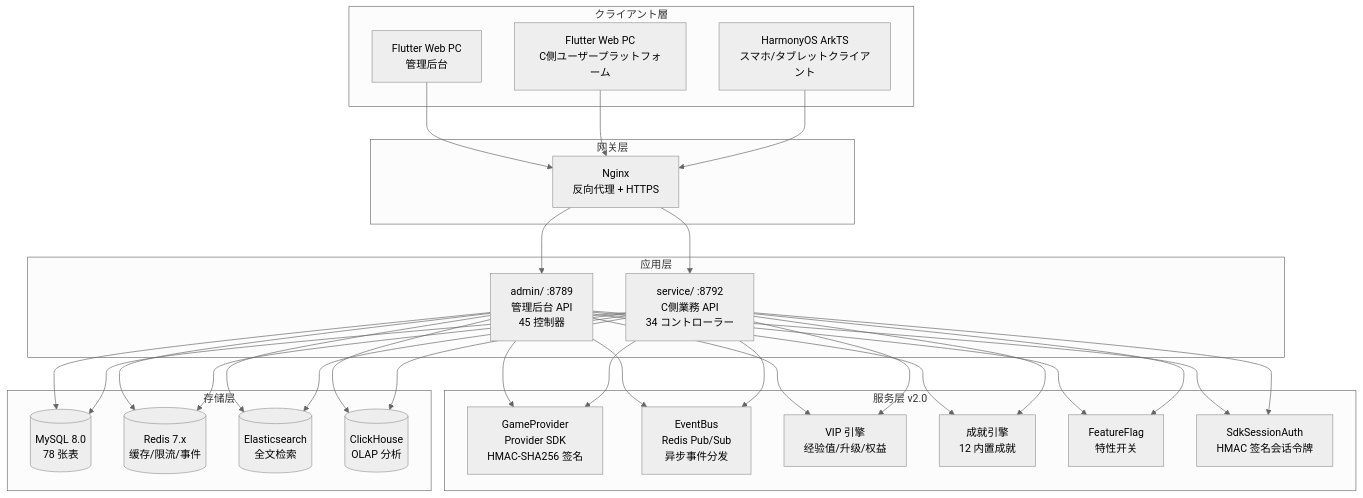
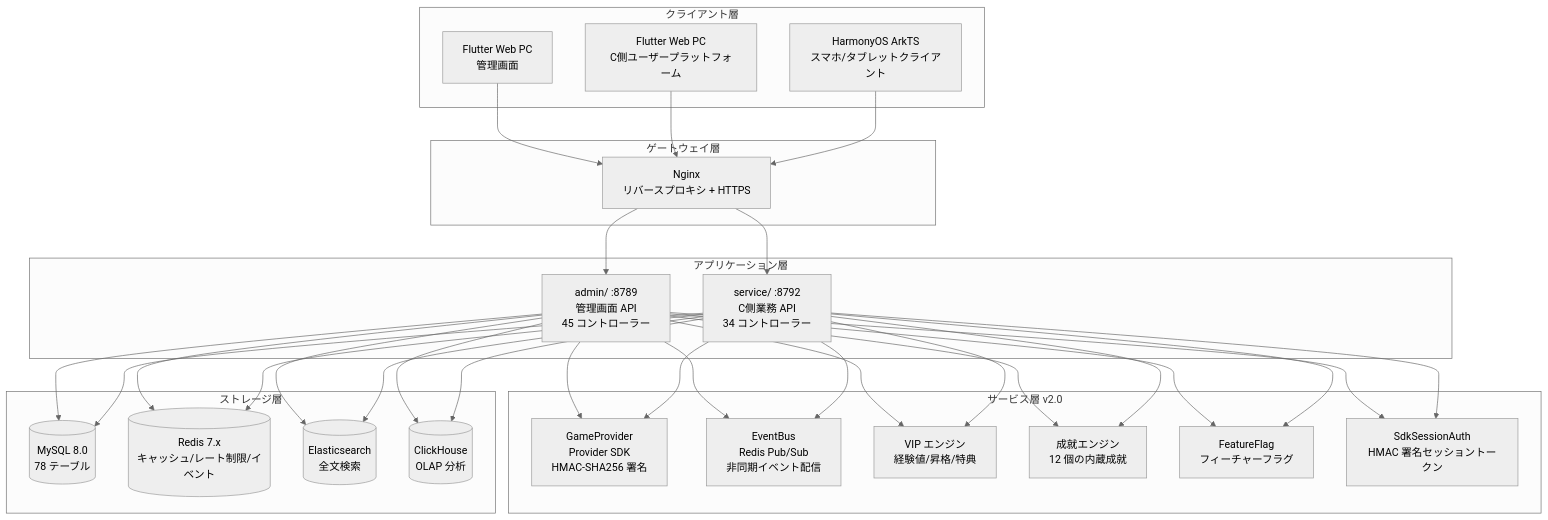
One commit to erikwang2013/game-platform-php changed the diagram in admin/docs/diagrams/01-system-architecture.ja.md. Above: the diagram before and after it, drawn with Mermaid (neutral theme). The commit also changed 211 other files, not shown here.

First line of the commit message:
fix: 支付配置读回类型根治、提现事件对账巡检，12 语族 mermaid 与 API 标签本地化

````diff
--- a/admin/docs/diagrams/01-system-architecture.ja.md
+++ b/admin/docs/diagrams/01-system-architecture.ja.md
@@ -7,38 +7,38 @@
 ```mermaid
 flowchart TB
     subgraph "クライアント層"
-        A1["Flutter Web PC<br/>管理后台"]
+        A1["Flutter Web PC<br/>管理画面"]
         A2["Flutter Web PC<br/>C側ユーザープラットフォーム"]
         A3["HarmonyOS ArkTS<br/>スマホ/タブレットクライアント"]
     end
 
-    subgraph "网关层"
-        B1["Nginx<br/>反向代理 + HTTPS"]
+    subgraph "ゲートウェイ層"
+        B1["Nginx<br/>リバースプロキシ + HTTPS"]
     end
 
-    subgraph "应用层"
-        C1["admin/ :8789<br/>管理后台 API<br/>45 控制器"]
+    subgraph "アプリケーション層"
+        C1["admin/ :8789<br/>管理画面 API<br/>45 コントローラー"]
         C2["service/ :8792<br/>C側業務 API<br/>34 コントローラー"]
     end
 
-    subgraph "服务层 v2.0"
-        D1["GameProvider<br/>Provider SDK<br/>HMAC-SHA256 签名"]
-        D2["EventBus<br/>Redis Pub/Sub<br/>异步事件分发"]
-        D3["VIP 引擎<br/>经验值/升级/权益"]
-        D4["成就引擎<br/>12 内置成就"]
-        D5["FeatureFlag<br/>特性开关"]
-        D6["SdkSessionAuth<br/>HMAC 签名会话令牌"]
+    subgraph "サービス層 v2.0"
+        D1["GameProvider<br/>Provider SDK<br/>HMAC-SHA256 署名"]
+        D2["EventBus<br/>Redis Pub/Sub<br/>非同期イベント配信"]
+        D3["VIP エンジン<br/>経験値/昇格/特典"]
+        D4["成就エンジン<br/>12 個の内蔵成就"]
+        D5["FeatureFlag<br/>フィーチャーフラグ"]
+        D6["SdkSessionAuth<br/>HMAC 署名セッショントークン"]
     end
 
-    subgraph "存储层"
-        E1[("MySQL 8.0<br/>78 张表")]
-        E2[("Redis 7.x<br/>缓存/限流/事件")]
-        E3[("Elasticsearch<br/>全文检索")]
+    subgraph "ストレージ層"
+        E1[("MySQL 8.0<br/>78 テーブル")]
+        E2[("Redis 7.x<br/>キャッシュ/レート制限/イベント")]
+        E3[("Elasticsearch<br/>全文検索")]
         E4[("ClickHouse<br/>OLAP 分析")]
     end
 
     A1 & A2 & A3 --> B1
     B1 --> C1 & C2
     C1 & C2 --> D1 & D2 & D3 & D4 & D5 & D6
     C1 & C2 --> E1 & E2 & E3 & E4
 ```
````
